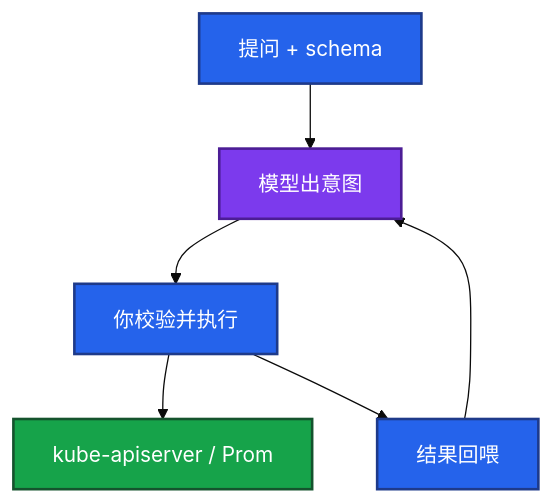
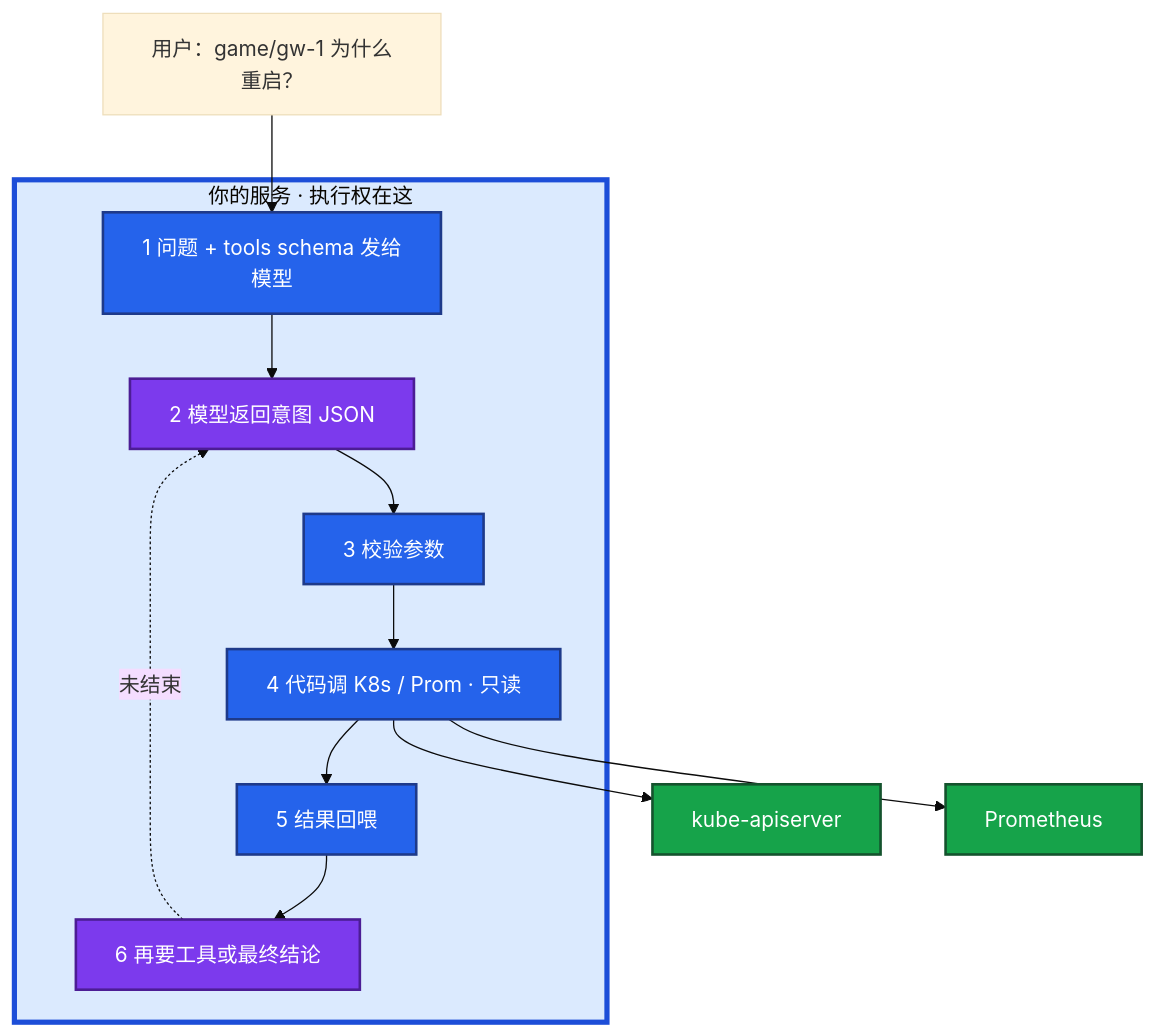
Before and after one commit to ml-cuizijun/LearnToLilith: the first of 4 diagrams in 09-AI与智能运维/04-Function-Calling与Tool-Use/练习题.md, drawn with Mermaid (base theme). The commit also changed other lines of this file and 213 other files, not shown here.

````diff
--- a/09-AI与智能运维/04-Function-Calling与Tool-Use/练习题.md
+++ b/09-AI与智能运维/04-Function-Calling与Tool-Use/练习题.md
@@ -42,14 +43,24 @@
 ```mermaid
 flowchart TB
-    u[提问 + schema] --> m[模型出意图]
-    m --> y[你校验并执行]
-    y --> k[kube-apiserver / Prom]
-    y --> f[结果回喂]
-    f --> m
-    classDef a fill:#7C3AED,stroke:#4C1D95,stroke-width:2px,color:#fff
-    classDef b fill:#2563EB,stroke:#1E3A8A,stroke-width:2px,color:#fff
-    classDef c fill:#16A34A,stroke:#14532D,stroke-width:2px,color:#fff
-    class m a
-    class u,y,f b
-    class k c
+    u["用户：game/gw-1 为什么重启？"]
+    subgraph you ["你的服务 · 执行权在这"]
+        s1[1 问题 + tools schema 发给模型]
+        s2[2 模型返回意图 JSON]
+        s3[3 校验参数]
+        s4[4 代码调 K8s / Prom · 只读]
+        s5[5 结果回喂]
+        s6[6 再要工具或最终结论]
+        s1 --> s2 --> s3 --> s4 --> s5 --> s6
+        s6 -.->|未结束| s2
+    end
+    u --> s1
+    s4 --> k8s[kube-apiserver]
+    s4 --> prom[Prometheus]
+    classDef intent fill:#7C3AED,stroke:#4C1D95,stroke-width:2px,color:#fff
+    classDef exec fill:#2563EB,stroke:#1E3A8A,stroke-width:2px,color:#fff
+    classDef sys fill:#16A34A,stroke:#14532D,stroke-width:2px,color:#fff
+    class s2,s6 intent
+    class s1,s3,s4,s5 exec
+    class k8s,prom sys
+    style you fill:#DBEAFE,stroke:#1D4ED8,stroke-width:4px
 ```
````
